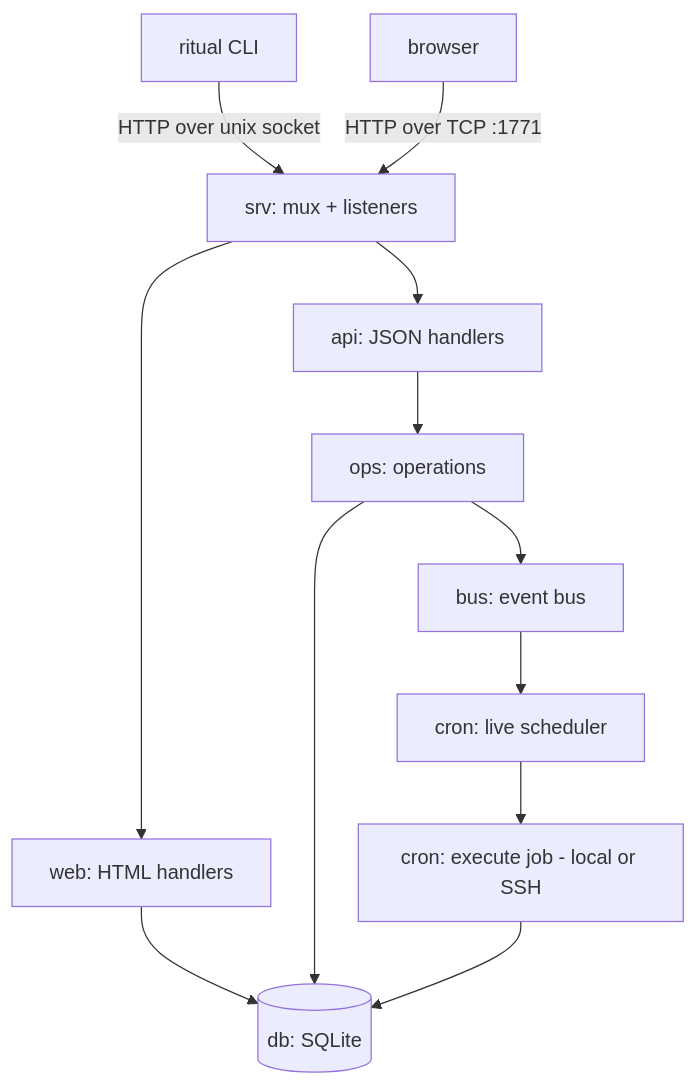
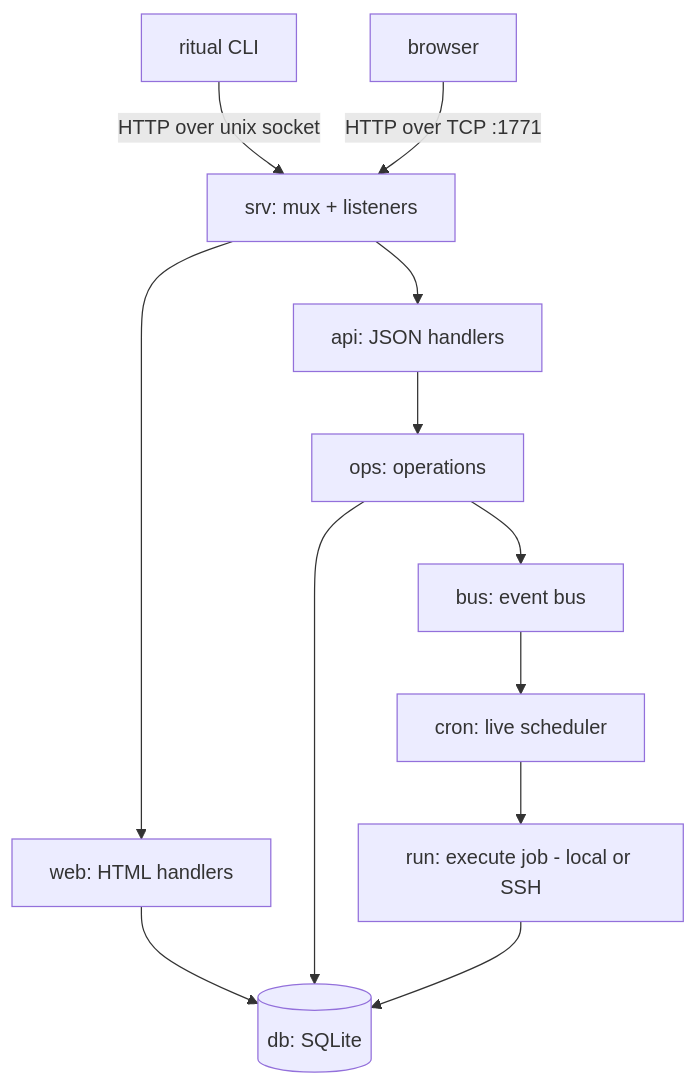
The diagram in docs/README.md (tduncan96/ritual), drawn with Mermaid before and after one commit. The commit also changed other lines of this file and 6 other files, not shown here.

````diff
--- a/docs/README.md
+++ b/docs/README.md
@@ -28,14 +29,14 @@
 ```mermaid
 flowchart TD
     CLI[ritual CLI] -->|HTTP over unix socket| SRV
     BROWSER[browser] -->|HTTP over TCP :1771| SRV
     SRV[srv: mux + listeners] --> API[api: JSON handlers]
     SRV --> WEB[web: HTML handlers]
     API --> OPS[ops: operations]
     WEB --> DB
     OPS --> DB[(db: SQLite)]
     OPS --> BUS[bus: event bus]
     BUS --> CRON[cron: live scheduler]
-    CRON --> RUN[cron: execute job - local or SSH]
+    CRON --> RUN[run: execute job - local or SSH]
     RUN --> DB
 ```
````
